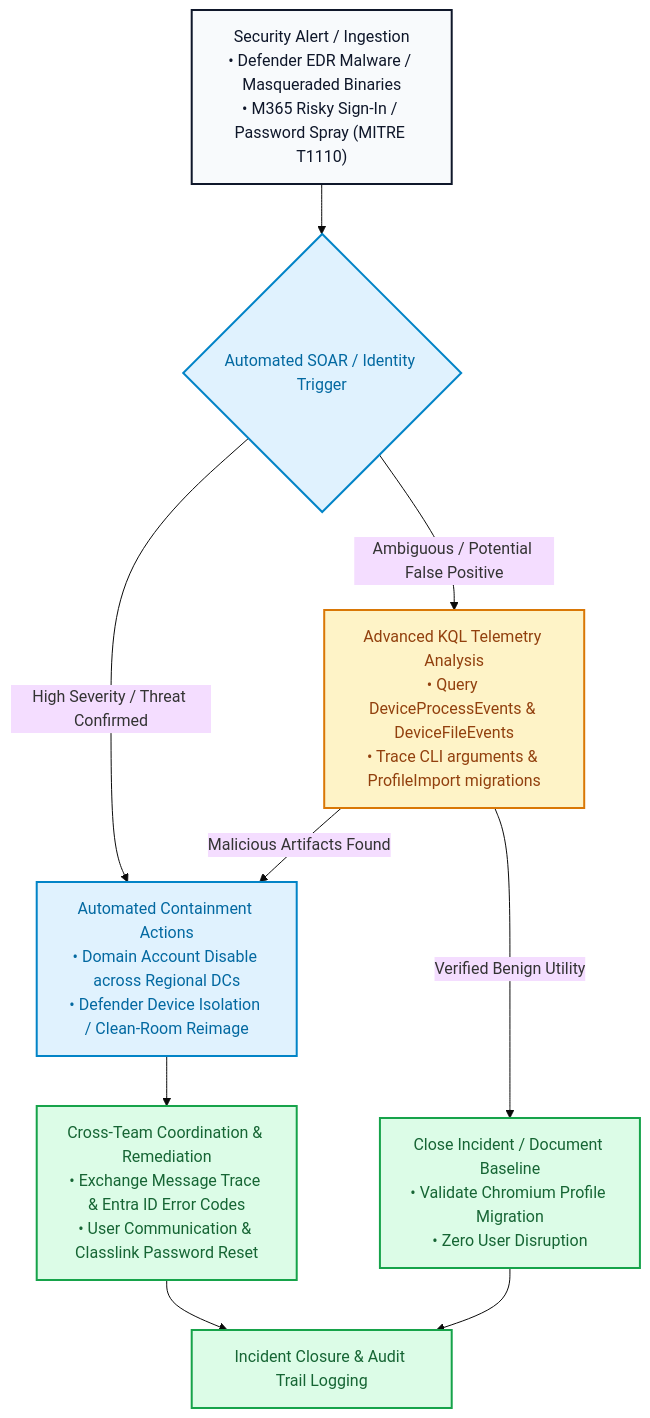
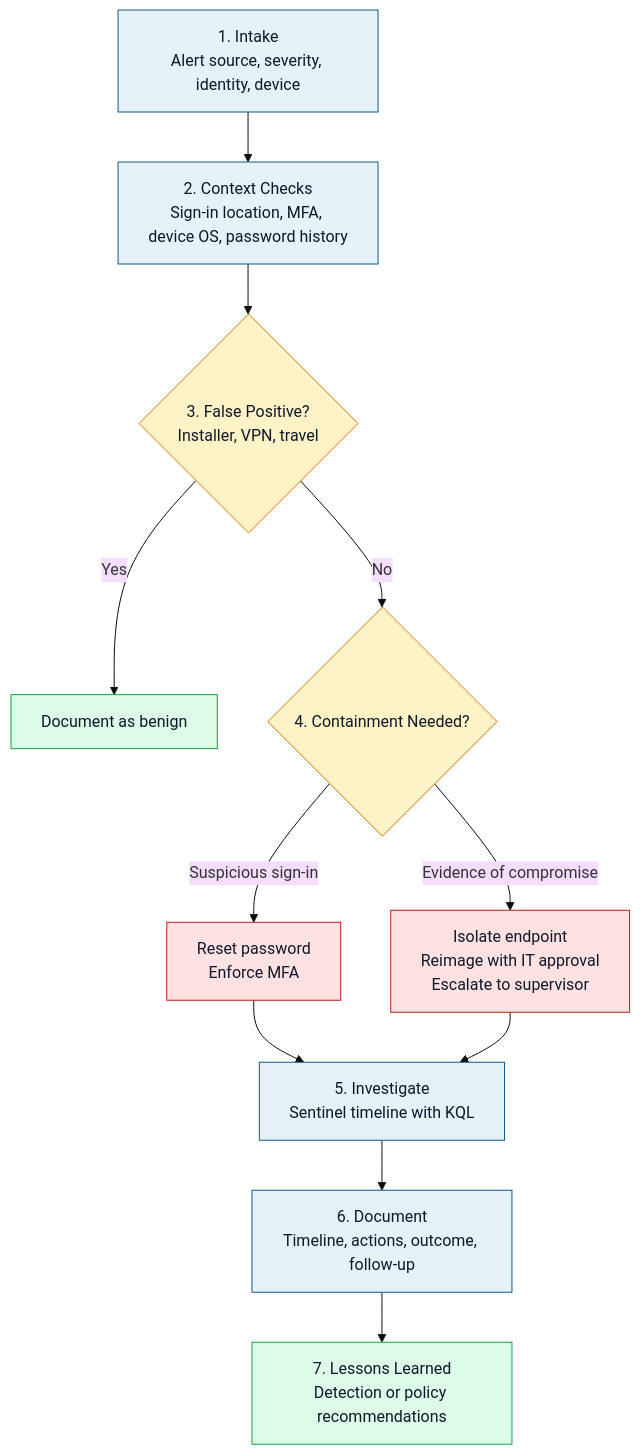
Before and after one commit to Danielle-Respes/HelpDesk-Security-Playbook: the diagram in README.md, drawn with Mermaid (base theme). The commit also changed other lines of this file, not shown here.

````diff
--- a/README.md
+++ b/README.md
@@ -28,18 +14,18 @@
 ```mermaid
 flowchart TD
-    classDef alert fill:#f8fafc,stroke:#0f172a,stroke-width:2px,color:#0f172a;
-    classDef soar fill:#e0f2fe,stroke:#0284c7,stroke-width:2px,color:#0369a1;
-    classDef kql fill:#fef3c7,stroke:#d97706,stroke-width:2px,color:#92400e;
-    classDef resolve fill:#dcfce7,stroke:#16a34a,stroke-width:2px,color:#166534;
+    A["1. Intake<br/>Alert source, severity, identity, device"]:::step --> B["2. Context Checks<br/>Sign-in location, MFA, device OS, password history"]:::step
+    B --> C{"3. False Positive?<br/>Installer, VPN, travel"}:::decision
+    C -->|Yes| F["Document as benign"]:::done
+    C -->|No| D{"4. Containment Needed?"}:::decision
+    D -->|Suspicious sign-in| E["Reset password<br/>Enforce MFA"]:::action
+    D -->|Evidence of compromise| G["Isolate endpoint<br/>Reimage with IT approval<br/>Escalate to supervisor"]:::action
+    E --> H["5. Investigate<br/>Sentinel timeline with KQL"]:::step
+    G --> H
+    H --> I["6. Document<br/>Timeline, actions, outcome, follow-up"]:::step
+    I --> J["7. Lessons Learned<br/>Detection or policy recommendations"]:::done
 
-    A["Security Alert / Ingestion<br/>• Defender EDR Malware / Masqueraded Binaries<br/>• M365 Risky Sign-In / Password Spray (MITRE T1110)"]:::alert --> B{"Automated SOAR / Identity Trigger"}:::soar
-
-    B -->|"High Severity / Threat Confirmed"| C["Automated Containment Actions<br/>• Domain Account Disable across Regional DCs<br/>• Defender Device Isolation / Clean-Room Reimage"]:::soar
-    B -->|"Ambiguous / Potential False Positive"| D["Advanced KQL Telemetry Analysis<br/>• Query DeviceProcessEvents & DeviceFileEvents<br/>• Trace CLI arguments & ProfileImport migrations"]:::kql
-
-    C --> E["Cross-Team Coordination & Remediation<br/>• Exchange Message Trace & Entra ID Error Codes<br/>• User Communication & Classlink Password Reset"]:::resolve
-    D -->|"Verified Benign Utility"| F["Close Incident / Document Baseline<br/>• Validate Chromium Profile Migration<br/>• Zero User Disruption"]:::resolve
-    D -->|"Malicious Artifacts Found"| C
-    E --> G["Incident Closure & Audit Trail Logging"]:::resolve
-    F --> G
+    classDef step fill:#e6f1f8,stroke:#0e5a8a,color:#0f172a
+    classDef decision fill:#fef3c7,stroke:#d97706,color:#0f172a
+    classDef action fill:#fee2e2,stroke:#b91c1c,color:#0f172a
+    classDef done fill:#dcfce7,stroke:#16a34a,color:#0f172a
 ```
````
